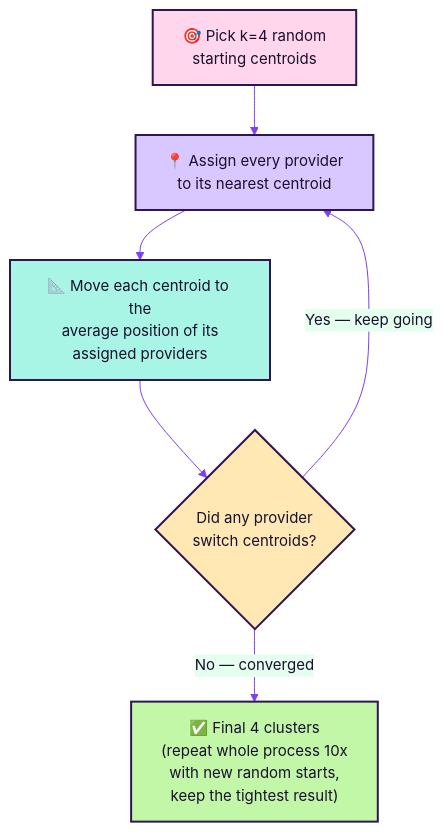
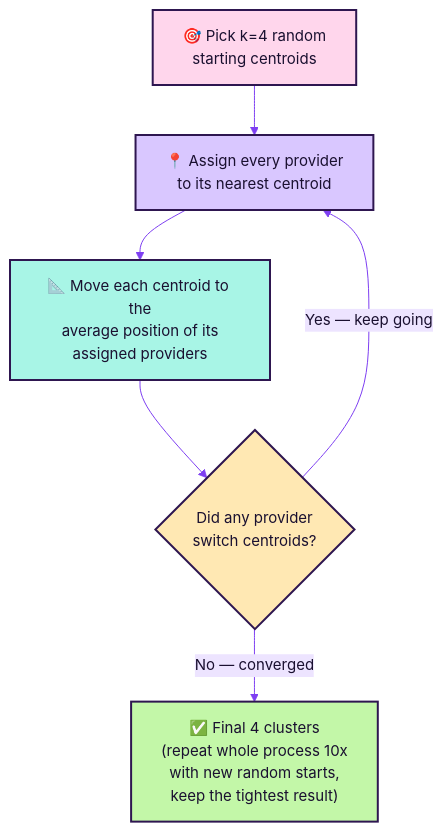
The fourth of 4 diagrams in README.md (AhmedJesserLahmer/Cotiviti-ai-claims-review-assistant), drawn with Mermaid before and after one commit. The commit also changed other lines of this file and 5 other files, not shown here.

````diff
--- a/README.md
+++ b/README.md
@@ -305,15 +305,15 @@
 ```mermaid
-%%{init: {"theme": "base", "themeVariables": {"primaryColor": "#ede4ff", "primaryBorderColor": "#2e1650", "primaryTextColor": "#1a1030", "lineColor": "#7e3ff2", "fontSize": "15px"}}}%%
+%%{init: {"theme": "base", "themeVariables": {"primaryColor": "#ede4ff", "primaryBorderColor": "#2e1650", "primaryTextColor": "#1a1030", "lineColor": "#7e3ff2", "fontSize": "15px", "edgeLabelBackground": "#ede4ff", "secondaryColor": "#ede4ff", "tertiaryColor": "#ede4ff"}}}%%
 flowchart TD
     S["🎯 Pick k=4 random<br/>starting centroids"] --> A["📍 Assign every provider<br/>to its nearest centroid"]
     A --> M["📐 Move each centroid to the<br/>average position of its<br/>assigned providers"]
     M --> C{"Did any provider<br/>switch centroids?"}
     C -->|"Yes — keep going"| A
     C -->|"No — converged"| R["✅ Final 4 clusters<br/>(repeat whole process 10x<br/>with new random starts,<br/>keep the tightest result)"]
 
     style S fill:#ffd6ec,stroke:#2e1650,stroke-width:2px,color:#1a1030
     style A fill:#d9c7ff,stroke:#2e1650,stroke-width:2px,color:#1a1030
     style M fill:#a8f5e6,stroke:#2e1650,stroke-width:2px,color:#1a1030
     style C fill:#ffe8b3,stroke:#2e1650,stroke-width:2px,color:#1a1030
     style R fill:#c3f7a8,stroke:#2e1650,stroke-width:2px,color:#1a1030
 ```
````
